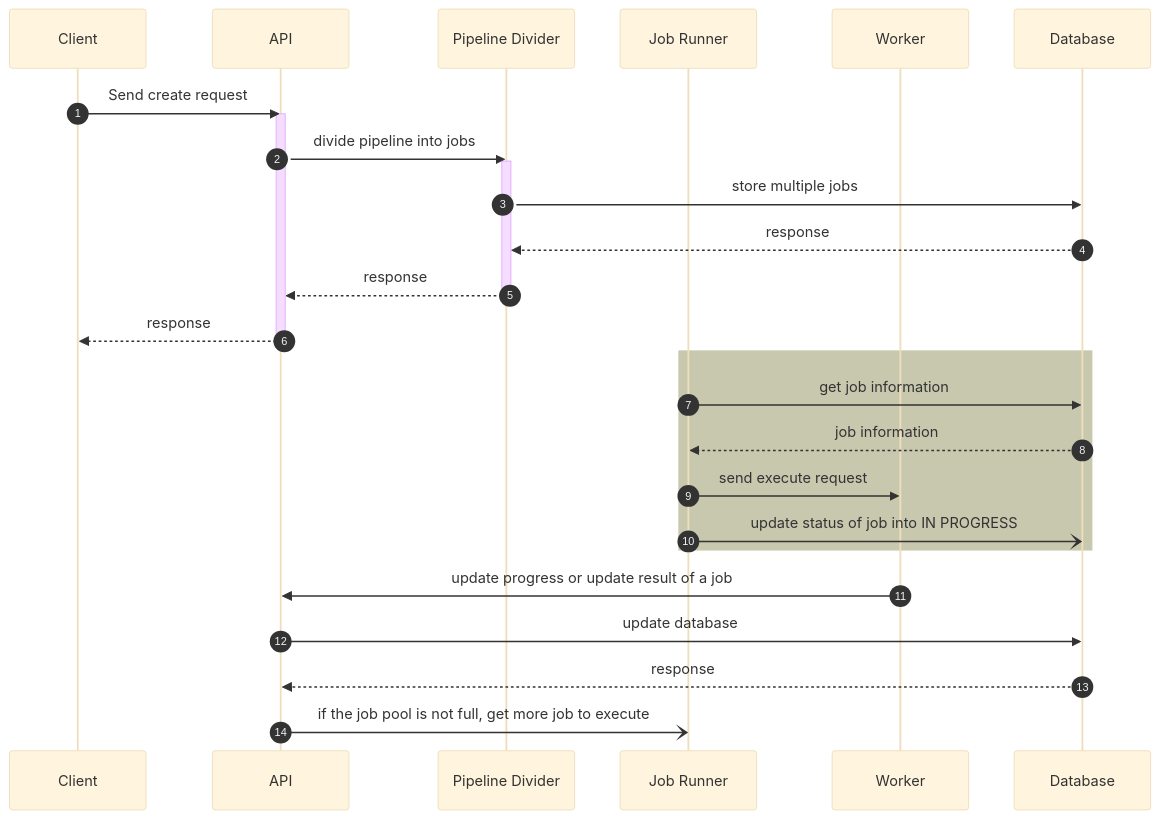
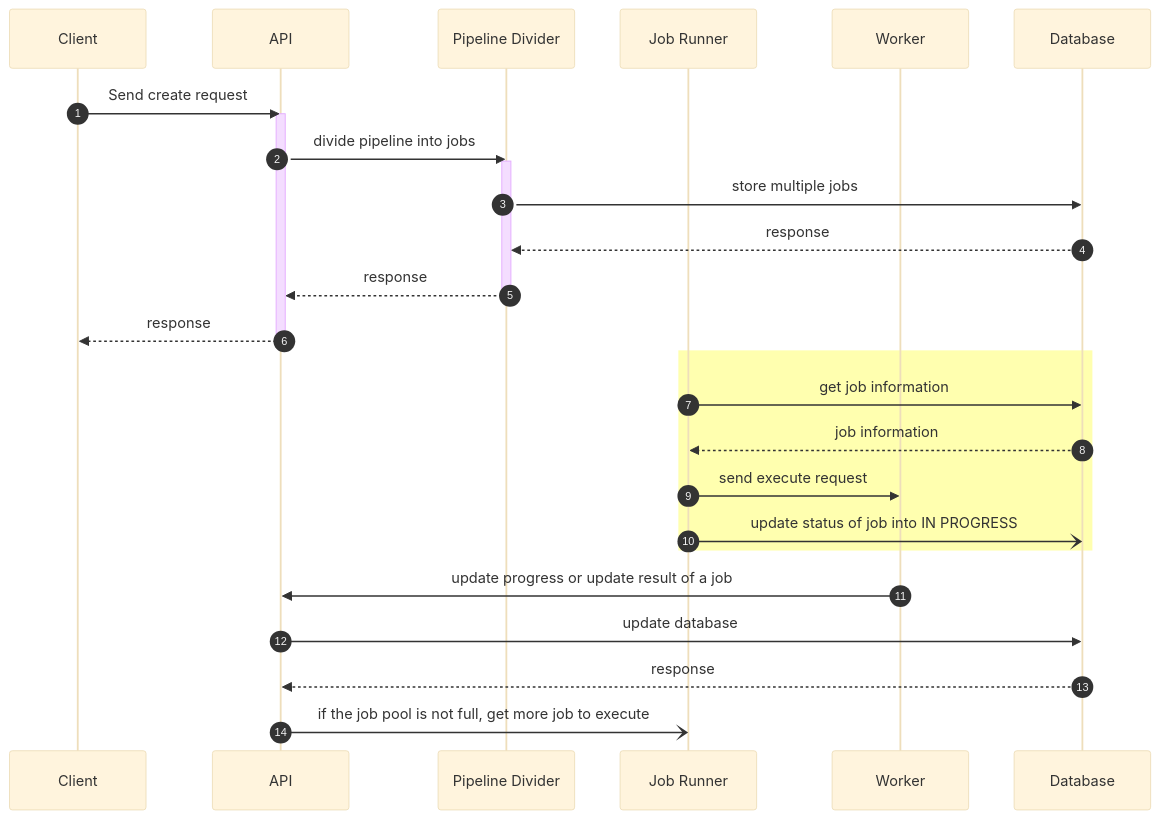
Before and after one commit to ducminhgd/task-pipeline: the second of 3 diagrams in README.md, drawn with Mermaid (base theme).

Commit message:
Change color

````diff
--- a/README.md
+++ b/README.md
@@ -108,31 +108,31 @@
 ```mermaid
 sequenceDiagram
     autonumber
     participant Client
     participant API
     participant Pipeline Divider
     participant Job Runner
     participant Worker
     participant Database
     Client ->> API: Send create request
     activate API
     API ->> Pipeline Divider: divide pipeline into jobs
     activate Pipeline Divider
     Pipeline Divider ->> Database: store multiple jobs
     Database -->> Pipeline Divider: response 
     Pipeline Divider -->> API: response
     deactivate Pipeline Divider
     API -->> Client: response
     deactivate API
-    rect rgb(200, 200, 175)
+    rect rgb(255, 255, 175)
     Job Runner ->> Database: get job information
     Database -->> Job Runner: job information
     Job Runner ->> Worker: send execute request
     Job Runner -) Database: update status of job into IN PROGRESS
     end
 
     Worker ->> API: update progress or update result of a job
     API ->> Database: update database
     Database -->> API: response
     API -) Job Runner: if the job pool is not full, get more job to execute
 ```
````
